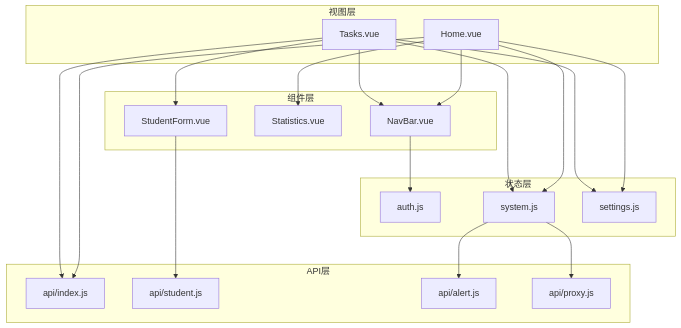
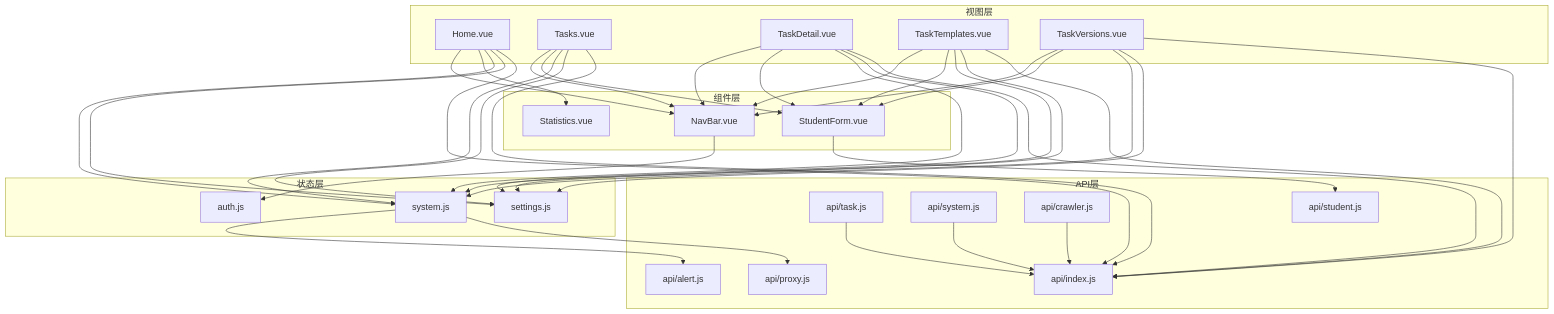
Before and after one commit to pxc12345/crawler-vue3: the second of 7 diagrams in .qoder/repowiki/zh/content/前端开发指南/组件系统/组件系统.md, drawn with Mermaid. The commit also changed other lines of this file and 12 other files, not shown here.

````diff
--- a/.qoder/repowiki/zh/content/前端开发指南/组件系统/组件系统.md
+++ b/.qoder/repowiki/zh/content/前端开发指南/组件系统/组件系统.md
@@ -166,37 +212,61 @@
 ```mermaid
 graph TB
 subgraph "视图层"
 H["Home.vue"]
 T["Tasks.vue"]
+TD["TaskDetail.vue"]
+TT["TaskTemplates.vue"]
+TV["TaskVersions.vue"]
 end
 subgraph "组件层"
 N["NavBar.vue"]
 S["Statistics.vue"]
 F["StudentForm.vue"]
 end
 subgraph "状态层"
 A["auth.js"]
 SYS["system.js"]
 SET["settings.js"]
 end
 subgraph "API层"
 AX["api/index.js"]
+TAPI["api/task.js"]
+SYAPI["api/system.js"]
+CRAPI["api/crawler.js"]
 ST["api/student.js"]
 AL["api/alert.js"]
 PX["api/proxy.js"]
 end
 H --> N
 T --> N
+TD --> N
+TT --> N
+TV --> N
 H --> S
 T --> F
+TD --> F
+TT --> F
+TV --> F
 N --> A
 H --> SYS
 T --> SYS
+TD --> SYS
+TT --> SYS
+TV --> SYS
 H --> SET
 T --> SET
+TD --> SET
+TT --> SET
+TV --> SET
 H --> AX
 T --> AX
+TD --> AX
+TT --> AX
+TV --> AX
+TAPI --> AX
+SYAPI --> AX
+CRAPI --> AX
 F --> ST
 SYS --> AL
 SYS --> PX
 ```
````
